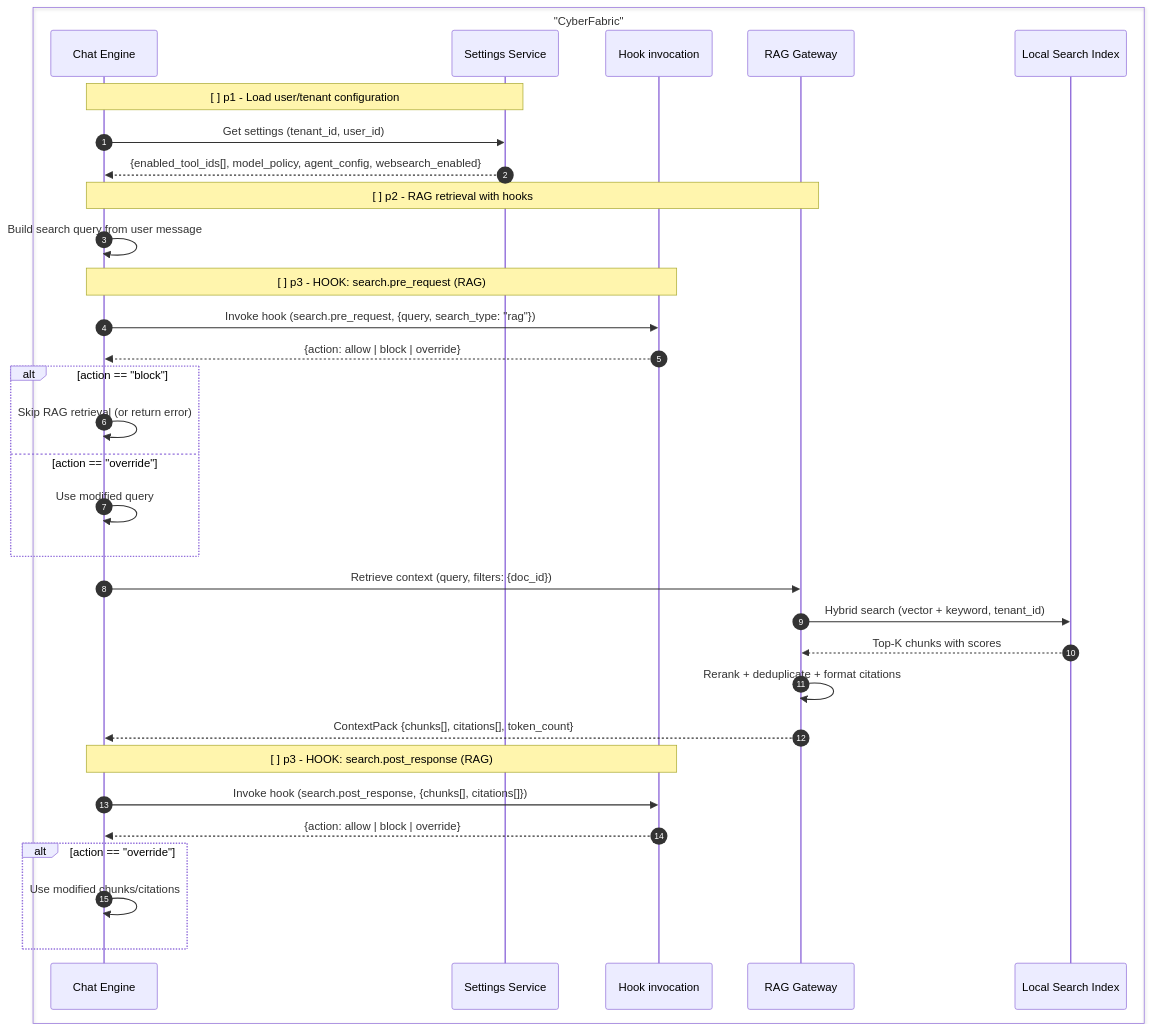
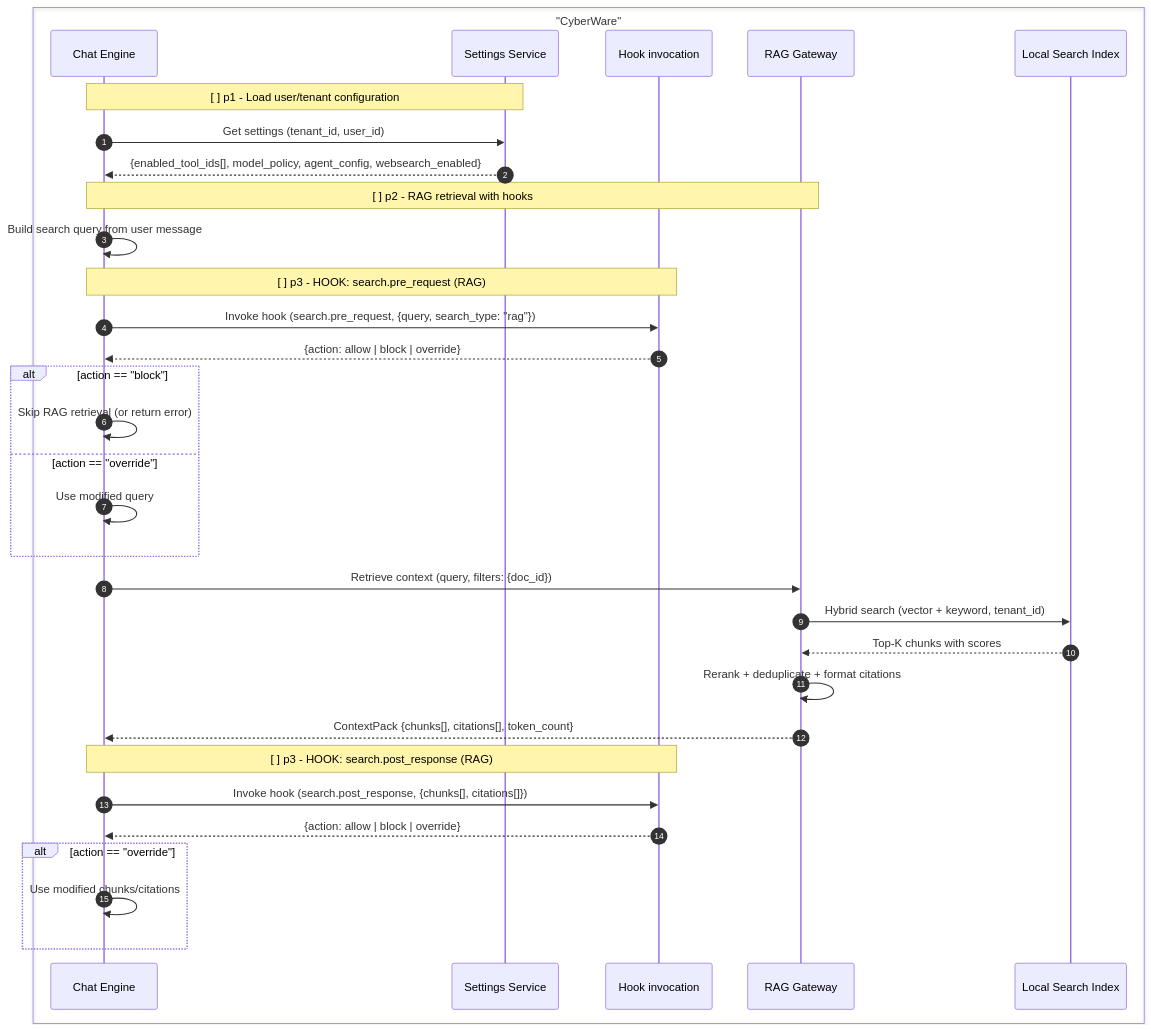
One commit to aviator5/hyperspot changed the fifth of 11 diagrams in docs/MODULES.md. Above: the diagram before and after it, drawn with Mermaid. The commit also changed other lines of this file and 350 other files, not shown here.

Commit message:
MAJOR: keep CyberFabric name for vendor name and use CyberWare for the middleware

````diff
--- a/docs/MODULES.md
+++ b/docs/MODULES.md
@@ -1119,40 +1119,40 @@
 ```mermaid
 sequenceDiagram
   autonumber
-  box "CyberFabric"
+  box "CyberWare"
     participant CE as Chat Engine
     participant SET as Settings Service
     participant HK as Hook invocation
     participant RAG as RAG Gateway
     participant LSI as Local Search Index
   end
 
   Note over CE,SET: [ ] p1 - Load user/tenant configuration
   CE->>SET: Get settings (tenant_id, user_id)
   SET-->>CE: {enabled_tool_ids[], model_policy, agent_config, websearch_enabled}
 
   Note over CE,RAG: [ ] p2 - RAG retrieval with hooks
   CE->>CE: Build search query from user message
 
   Note over CE,HK: [ ] p3 - HOOK: search.pre_request (RAG)
   CE->>HK: Invoke hook (search.pre_request, {query, search_type: "rag"})
   HK-->>CE: {action: allow | block | override}
   alt action == "block"
     CE->>CE: Skip RAG retrieval (or return error)
   else action == "override"
     CE->>CE: Use modified query
   end
 
   CE->>RAG: Retrieve context (query, filters: {doc_id})
   RAG->>LSI: Hybrid search (vector + keyword, tenant_id)
   LSI-->>RAG: Top-K chunks with scores
   RAG->>RAG: Rerank + deduplicate + format citations
   RAG-->>CE: ContextPack {chunks[], citations[], token_count}
 
   Note over CE,HK: [ ] p3 - HOOK: search.post_response (RAG)
   CE->>HK: Invoke hook (search.post_response, {chunks[], citations[]})
   HK-->>CE: {action: allow | block | override}
   alt action == "override"
     CE->>CE: Use modified chunks/citations
   end
 ```
````
